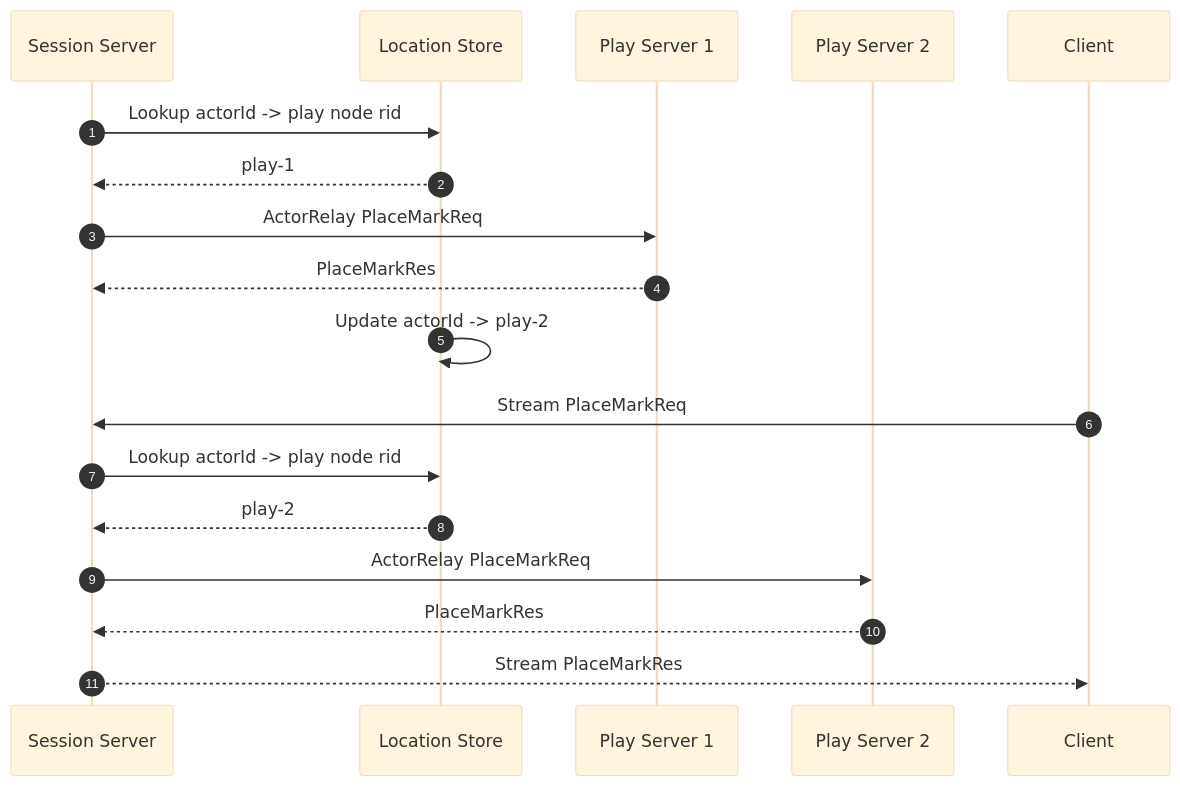
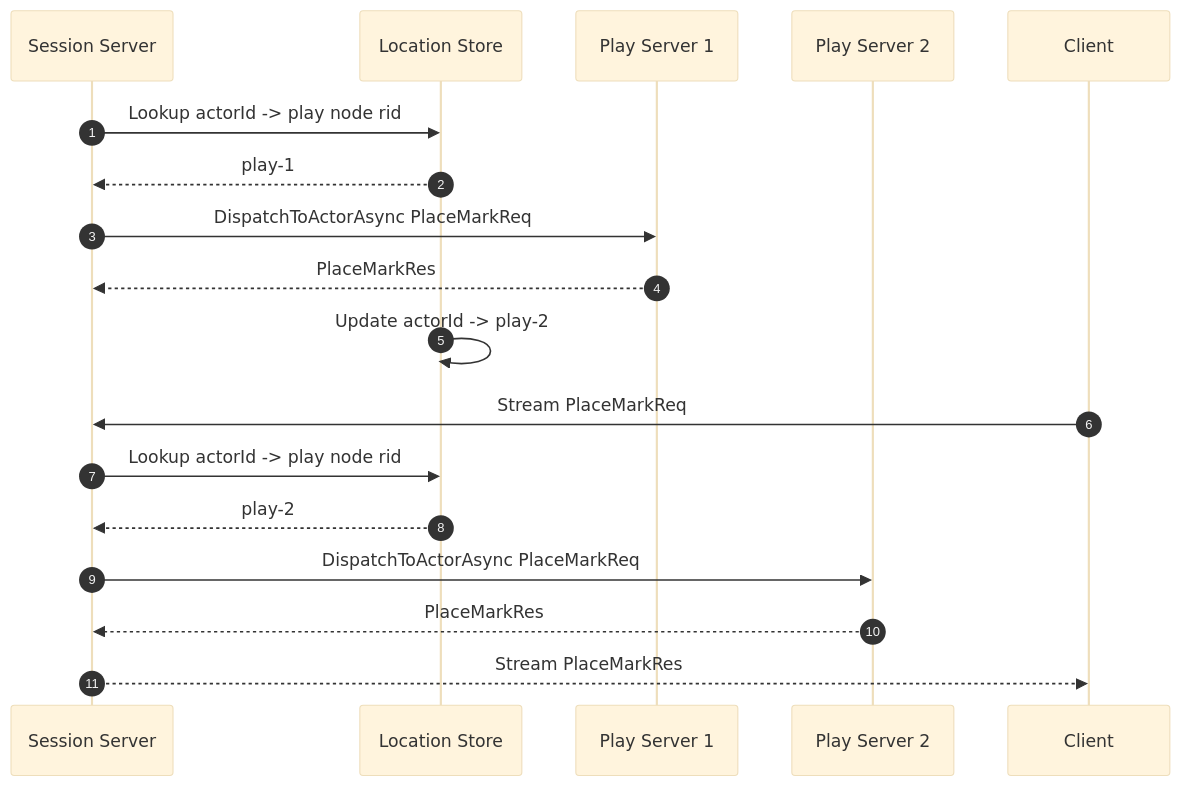
One commit to kairos-code-dev/zlink changed the seventh of 7 diagrams in framework/doc/spec/sample/tictactoe/session-gateway.ko.md. Above: the diagram before and after it, drawn with Mermaid (base theme). The commit also changed other lines of this file and 41 other files, not shown here.

````diff
--- a/framework/doc/spec/sample/tictactoe/session-gateway.ko.md
+++ b/framework/doc/spec/sample/tictactoe/session-gateway.ko.md
@@ -351,21 +352,21 @@
 ```mermaid
 sequenceDiagram
     autonumber
     participant S as Session Server
     participant STORE as Location Store
     participant P1 as Play Server 1
     participant P2 as Play Server 2
     participant C as Client
 
     S->>STORE: Lookup actorId -> play node rid
     STORE-->>S: play-1
-    S->>P1: ActorRelay PlaceMarkReq
+    S->>P1: DispatchToActorAsync PlaceMarkReq
     P1-->>S: PlaceMarkRes
     STORE->>STORE: Update actorId -> play-2
     C->>S: Stream PlaceMarkReq
     S->>STORE: Lookup actorId -> play node rid
     STORE-->>S: play-2
-    S->>P2: ActorRelay PlaceMarkReq
+    S->>P2: DispatchToActorAsync PlaceMarkReq
     P2-->>S: PlaceMarkRes
     S-->>C: Stream PlaceMarkRes
 ```
````
